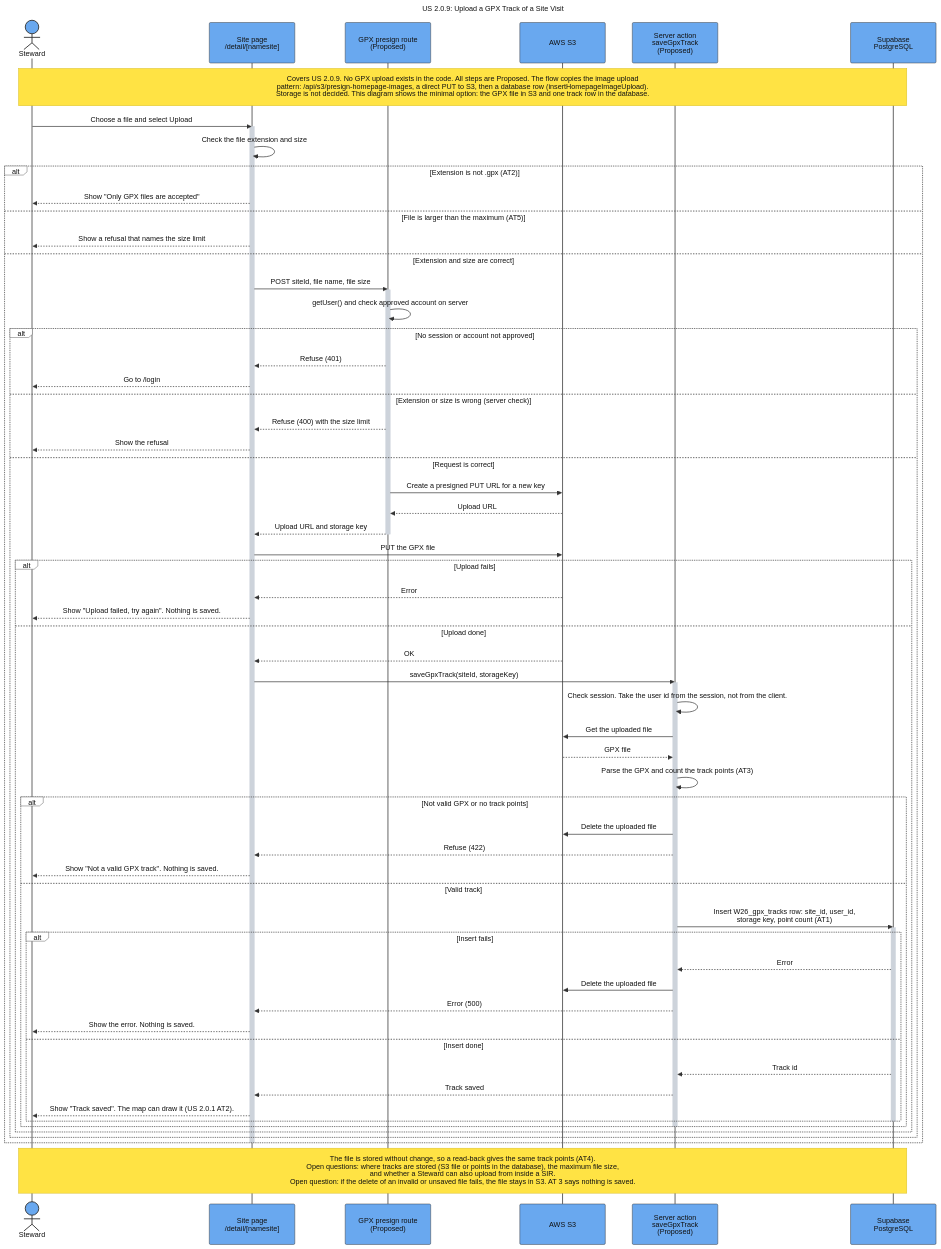
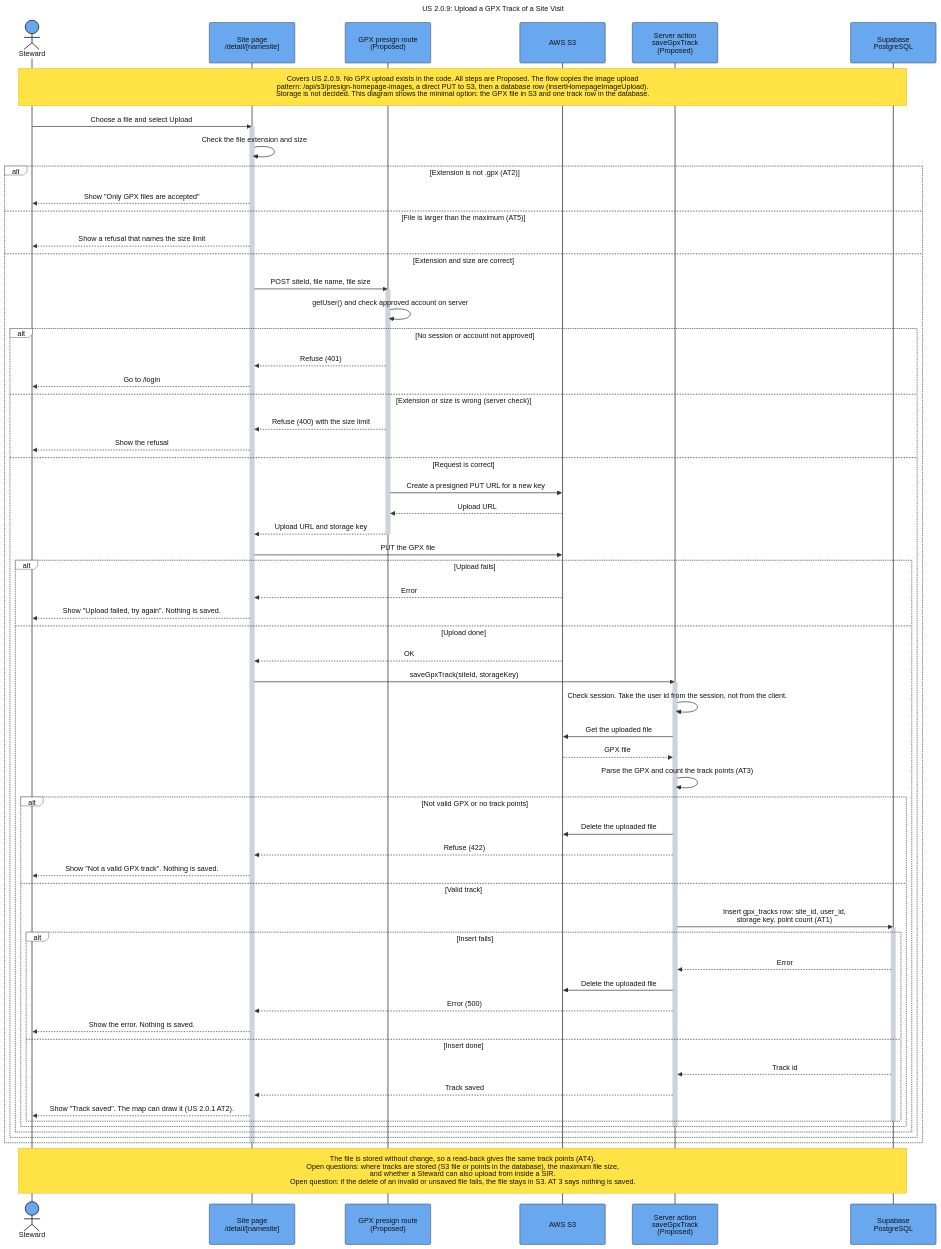
Before and after one commit to SAPAA-Dev/W26Project-SAPAA-Dev-Team: the diagram in docs/assets/Sequence_US_2_0_9_GPX_Track_Upload.mmd, drawn with Mermaid. The commit also changed 88 other files, not shown here.

```diff
--- a/docs/assets/Sequence_US_2_0_9_GPX_Track_Upload.mmd
+++ b/docs/assets/Sequence_US_2_0_9_GPX_Track_Upload.mmd
@@ -1,112 +1,112 @@
 ---
 title: "US 2.0.9: Upload a GPX Track of a Site Visit"
 config:
   theme: base
   sequence:
     actorMargin: 60
     boxMargin: 12
     diagramMarginX: 45
     diagramMarginY: 30
     messageMargin: 38
     noteMargin: 16
     mirrorActors: true
     width: 190
     height: 90
   themeVariables:
     background: "#ffffff"
     primaryColor: "#69a8ef"
     primaryBorderColor: "#333333"
     primaryTextColor: "#111111"
     actorBkg: "#69a8ef"
     actorBorder: "#333333"
     actorTextColor: "#111111"
     actorLineColor: "#555555"
     signalColor: "#333333"
     signalTextColor: "#111111"
     activationBkgColor: "#cdd3db"
     activationBorderColor: "#cdd3db"
     noteBkgColor: "#ffe344"
     noteBorderColor: "#d4ba24"
     noteTextColor: "#111111"
     labelBoxBkgColor: "#ffffff"
     labelBoxBorderColor: "#555555"
     labelTextColor: "#111111"
     loopTextColor: "#111111"
     altBackground: "#ffffff"
   themeCSS: |
     .actor-line {
       stroke-dasharray: 10 10 !important;
       stroke-width: 1.25px !important;
     }
 ---
 sequenceDiagram
     autonumber off
     actor Steward
     participant Site as Site page<br/>/detail/[namesite]
     participant Presign as GPX presign route<br/>(Proposed)
     participant S3 as AWS S3
     participant Save as Server action<br/>saveGpxTrack<br/>(Proposed)
     participant DB as Supabase<br/>PostgreSQL
 
     Note over Steward,DB: Covers US 2.0.9. No GPX upload exists in the code. All steps are Proposed. The flow copies the image upload<br/>pattern: /api/s3/presign-homepage-images, a direct PUT to S3, then a database row (insertHomepageImageUpload).<br/>Storage is not decided. This diagram shows the minimal option: the GPX file in S3 and one track row in the database.
 
     Steward->>Site: Choose a file and select Upload
     activate Site
     Site->>Site: Check the file extension and size
     alt Extension is not .gpx (AT2)
         Site-->>Steward: Show "Only GPX files are accepted"
     else File is larger than the maximum (AT5)
         Site-->>Steward: Show a refusal that names the size limit
     else Extension and size are correct
         Site->>Presign: POST siteId, file name, file size
         activate Presign
         Presign->>Presign: getUser() and check approved account on server
         alt No session or account not approved
             Presign-->>Site: Refuse (401)
             Site-->>Steward: Go to /login
         else Extension or size is wrong (server check)
             Presign-->>Site: Refuse (400) with the size limit
             Site-->>Steward: Show the refusal
         else Request is correct
             Presign->>S3: Create a presigned PUT URL for a new key
             S3-->>Presign: Upload URL
             Presign-->>Site: Upload URL and storage key
             deactivate Presign
             Site->>S3: PUT the GPX file
             alt Upload fails
                 S3-->>Site: Error
                 Site-->>Steward: Show "Upload failed, try again". Nothing is saved.
             else Upload done
                 S3-->>Site: OK
                 Site->>Save: saveGpxTrack(siteId, storageKey)
                 activate Save
                 Save->>Save: Check session. Take the user id from the session, not from the client.
                 Save->>S3: Get the uploaded file
                 S3-->>Save: GPX file
                 Save->>Save: Parse the GPX and count the track points (AT3)
                 alt Not valid GPX or no track points
                     Save->>S3: Delete the uploaded file
                     Save-->>Site: Refuse (422)
                     Site-->>Steward: Show "Not a valid GPX track". Nothing is saved.
                 else Valid track
-                    Save->>DB: Insert W26_gpx_tracks row: site_id, user_id,<br/>storage key, point count (AT1)
+                    Save->>DB: Insert gpx_tracks row: site_id, user_id,<br/>storage key, point count (AT1)
                     activate DB
                     alt Insert fails
                         DB-->>Save: Error
                         Save->>S3: Delete the uploaded file
                         Save-->>Site: Error (500)
                         Site-->>Steward: Show the error. Nothing is saved.
                     else Insert done
                         DB-->>Save: Track id
                         Save-->>Site: Track saved
                         Site-->>Steward: Show "Track saved". The map can draw it (US 2.0.1 AT2).
                     end
                     deactivate DB
                 end
                 deactivate Save
             end
         end
     end
     deactivate Site
 
     Note over Steward,DB: The file is stored without change, so a read-back gives the same track points (AT4).<br/>Open questions: where tracks are stored (S3 file or points in the database), the maximum file size,<br/>and whether a Steward can also upload from inside a SIR.<br/>Open question: if the delete of an invalid or unsaved file fails, the file stays in S3. AT 3 says nothing is saved.
```
